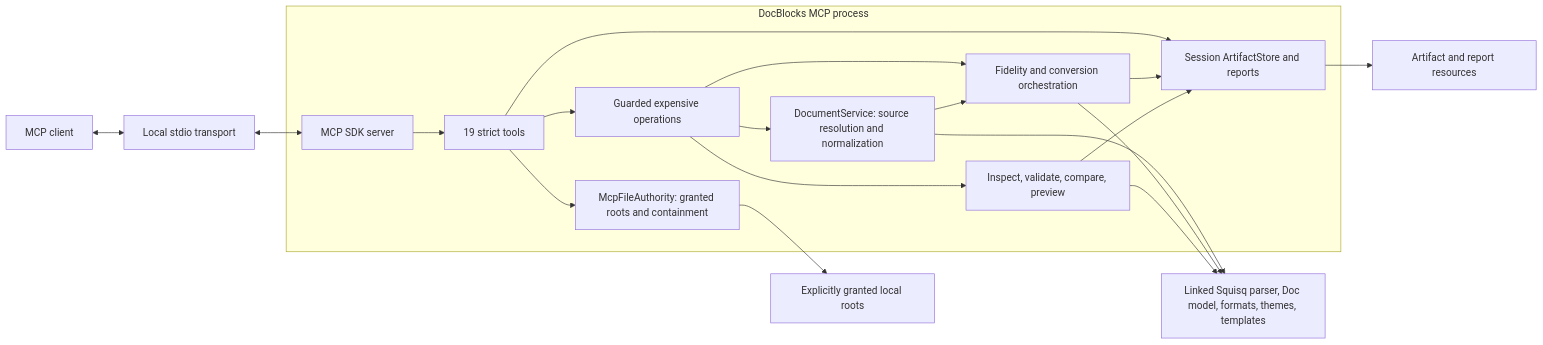
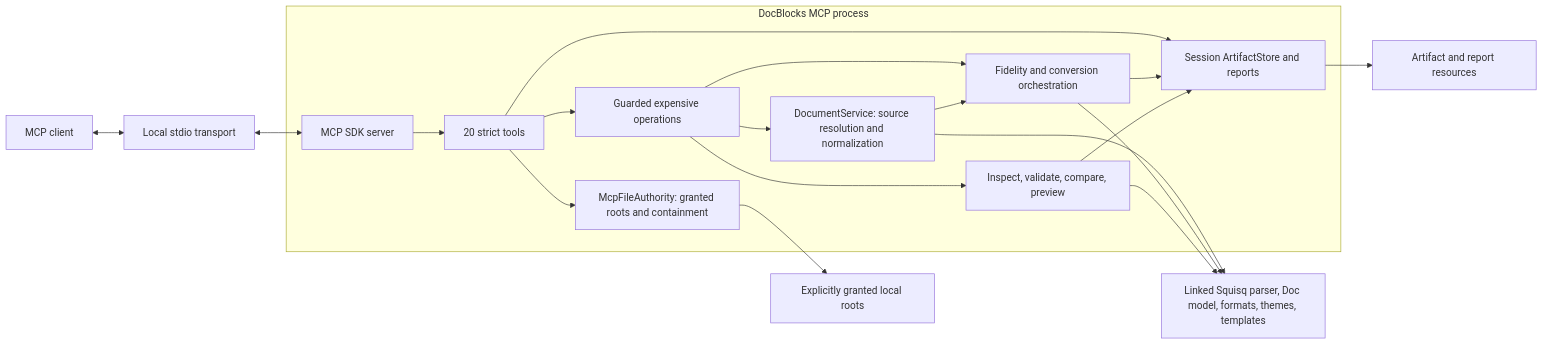
One commit to bendyline/docblocks changed the diagram in docs/mcp.md. Above: the diagram before and after it, drawn with Mermaid. The commit also changed other lines of this file and 56 other files, not shown here.

````diff
--- a/docs/mcp.md
+++ b/docs/mcp.md
@@ -22,24 +22,24 @@
 ```mermaid
 flowchart LR
   client["MCP client"] <--> transport["Local stdio transport"]
   transport <--> sdk["MCP SDK server"]
 
   subgraph docblocks["DocBlocks MCP process"]
-    sdk --> tools["19 strict tools"]
+    sdk --> tools["20 strict tools"]
     tools --> guard["Guarded expensive operations"]
     guard --> documents["DocumentService: source resolution and normalization"]
     guard --> intelligence["Inspect, validate, compare, preview"]
     guard --> conversion["Fidelity and conversion orchestration"]
     tools --> authority["McpFileAuthority: granted roots and containment"]
     tools --> artifacts["Session ArtifactStore and reports"]
     documents --> conversion
     conversion --> artifacts
     intelligence --> artifacts
   end
 
   documents --> squisq["Linked Squisq parser, Doc model, formats, themes, templates"]
   conversion --> squisq
   intelligence --> squisq
   artifacts --> resources["Artifact and report resources"]
   authority --> filesystem["Explicitly granted local roots"]
 ```
````
